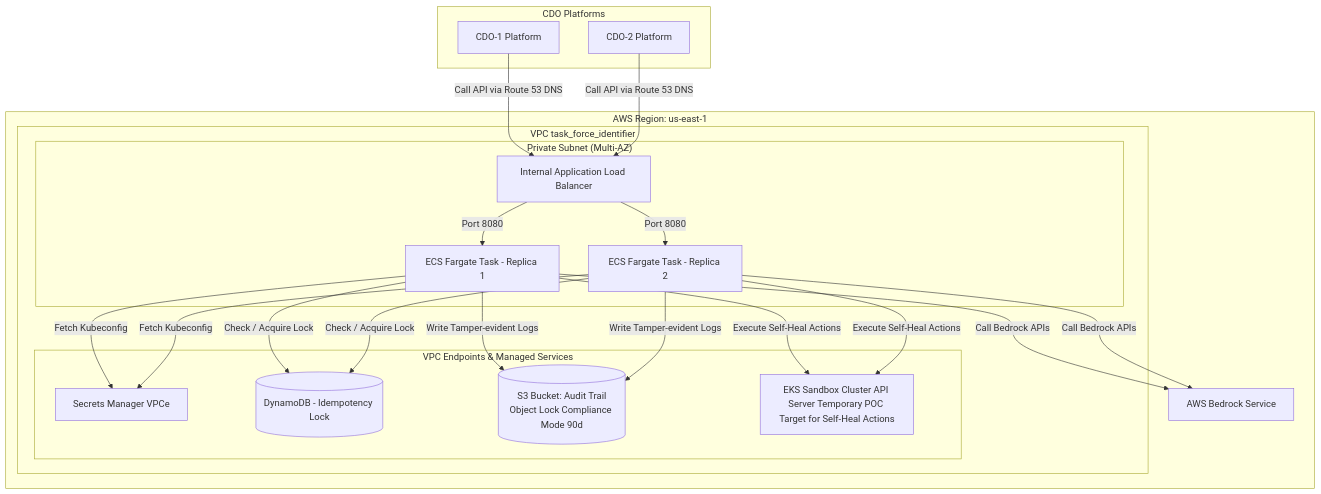
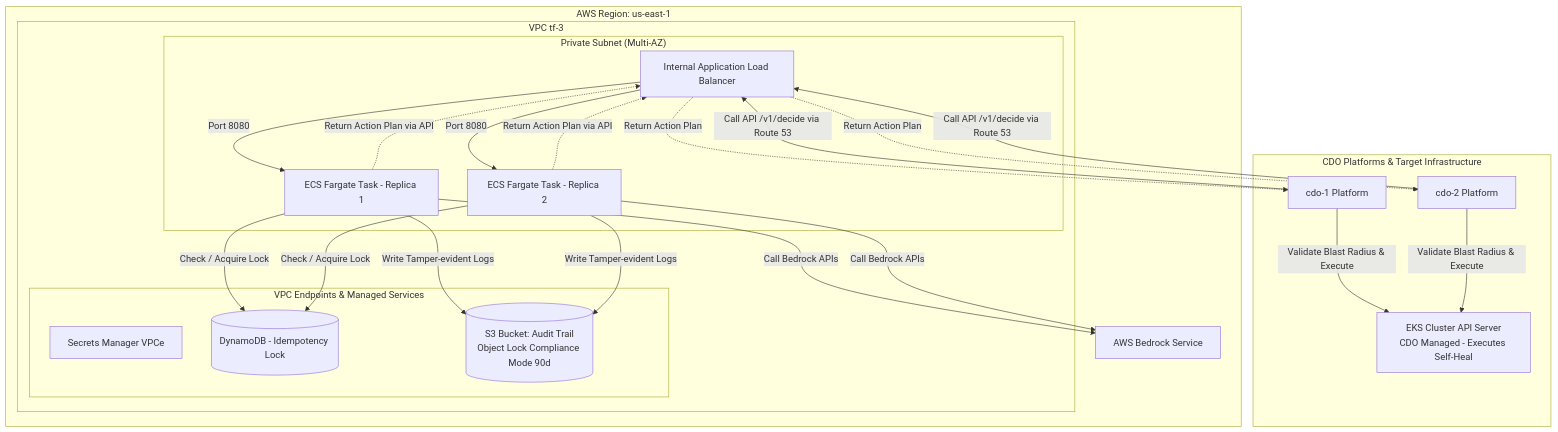
The diagram in dataset/contracts/deployment-contract.md (AIops-g4/Capstone-Phase-2-Code), drawn with Mermaid before and after one commit. The commit also changed other lines of this file and 2 other files, not shown here.

````diff
--- a/dataset/contracts/deployment-contract.md
+++ b/dataset/contracts/deployment-contract.md
@@ -243,36 +265,37 @@
 ```mermaid
 graph TB
     subgraph "AWS Region: us-east-1"
-        subgraph "VPC task_force_identifier"
+        subgraph "VPC tf-3"
             subgraph "Private Subnet (Multi-AZ)"
                 ALB[Internal Application Load Balancer]
                 ECS1[ECS Fargate Task - Replica 1]
                 ECS2[ECS Fargate Task - Replica 2]
                 ALB -->|Port 8080| ECS1
                 ALB -->|Port 8080| ECS2
             end
             
             subgraph "VPC Endpoints & Managed Services"
                 SM[Secrets Manager VPCe]
                 DDB[(DynamoDB - Idempotency Lock)]
                 S3[(S3 Bucket: Audit Trail<br>Object Lock Compliance Mode 90d)]
-                EKS_API[EKS Sandbox Cluster API Server Temporary POC Target for Self-Heal Actions]
             end
             
-            ECS1 & ECS2 -->|Fetch Kubeconfig| SM
             ECS1 & ECS2 -->|Check / Acquire Lock| DDB
             ECS1 & ECS2 -->|Write Tamper-evident Logs| S3
-            ECS1 & ECS2 -->|Execute Self-Heal Actions| EKS_API
+            ECS1 & ECS2 -.->|Return Action Plan via API| ALB
         end
         
         Bedrock[AWS Bedrock Service]
         ECS1 & ECS2 -->|Call Bedrock APIs| Bedrock
     end
 
-    subgraph "CDO Platforms"
-        CDO1[CDO-1 Platform]
-        CDO2[CDO-2 Platform]
+    subgraph "CDO Platforms & Target Infrastructure"
+        CDO1[cdo-1 Platform]
+        CDO2[cdo-2 Platform]
+        EKS_API[EKS Cluster API Server<br>CDO Managed - Executes Self-Heal]
     end
 
-    CDO1 & CDO2 -->|Call API via Route 53 DNS| ALB
+    CDO1 & CDO2 -->|Call API /v1/decide via Route 53| ALB
+    ALB -.->|Return Action Plan| CDO1 & CDO2
+    CDO1 & CDO2 -->|Validate Blast Radius & Execute| EKS_API
 ```
````
